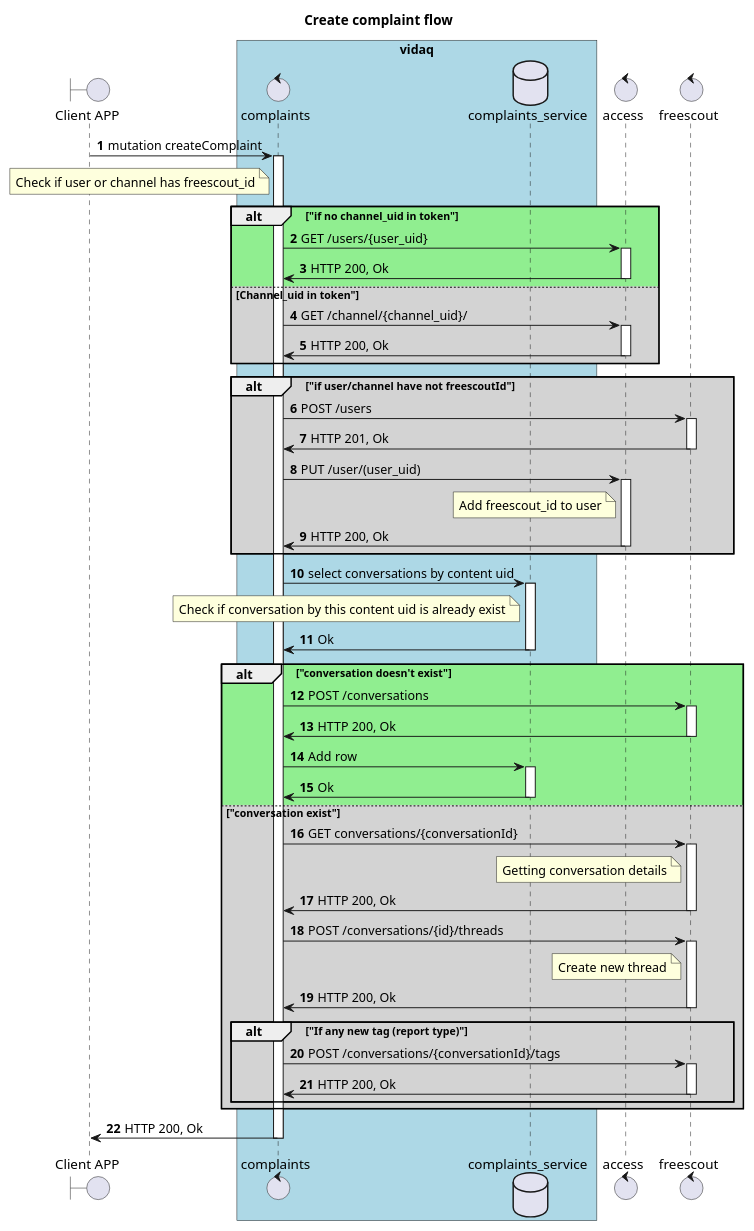
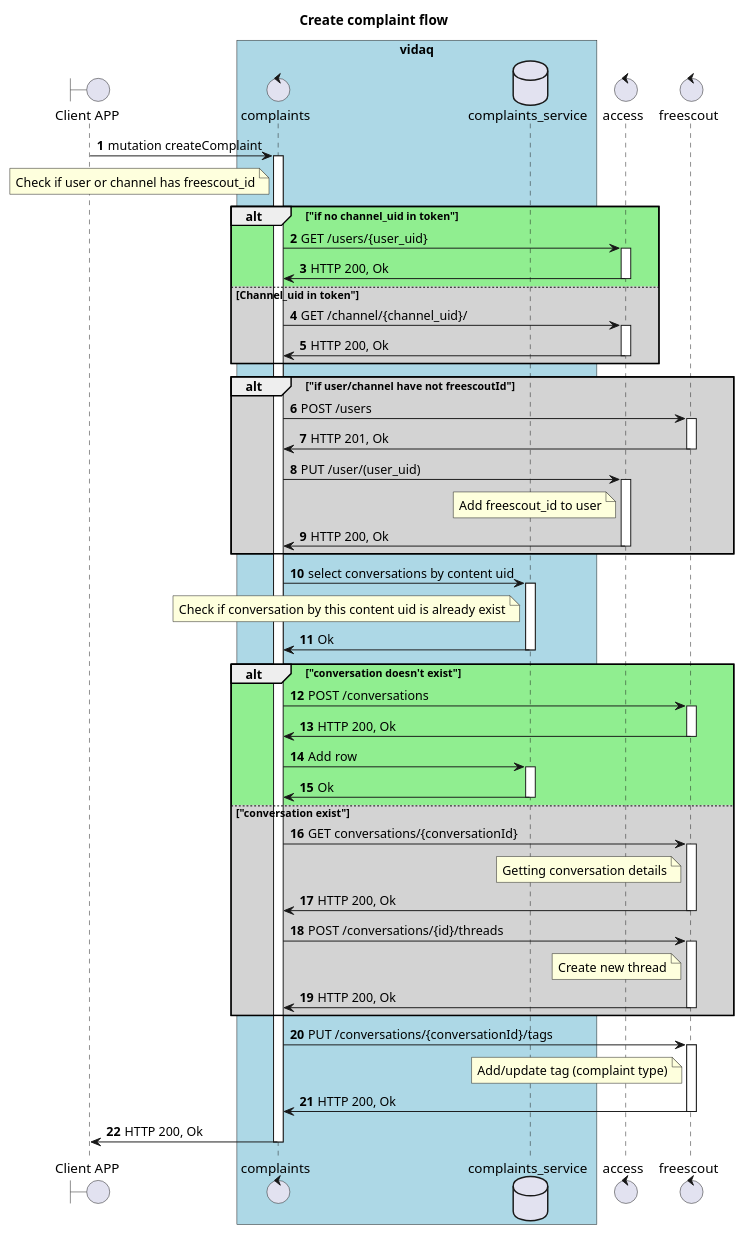
The diagram in schemas/createComplaint.puml (algruwork/work), drawn with PlantUML before and after one commit. The commit also changed 1 other file, not shown here.

Commit message:
create complaint flow (api) - add/update tags

```diff
--- a/schemas/createComplaint.puml
+++ b/schemas/createComplaint.puml
@@ -1,93 +1,95 @@
 @startuml
 
 title "Create complaint flow"
 
 
 boundary "Client APP" as GUI
 box "vidaq" #LightBlue
 control "complaints" as C
 database "complaints_service" as CS
 end box
 control "access" as A
 control "freescout" as F
 
 autonumber
 
 GUI -> C: mutation createComplaint
 activate C
 note left C
 Check if user or channel has freescout_id
 end note
 alt #LightGreen "if no channel_uid in token"
 C -> A: GET /users/{user_uid}
 activate A
 A -> C: HTTP 200, Ok
 deactivate A
 else #LightGrey Channel_uid in token"
 C -> A: GET /channel/{channel_uid}/
 activate A
 A -> C: HTTP 200, Ok
 deactivate A
 end
 
 alt #LightGrey "if user/channel have not freescoutId"
 C -> F: POST /users
 activate F
 F -> C: HTTP 201, Ok
 deactivate F
 C -> A: PUT /user/(user_uid)
 activate A
 note left A
 Add freescout_id to user
 end note
 A -> C: HTTP 200, Ok
 deactivate A
 end
 
 C -> CS: select conversations by content uid
 activate CS
 note left CS
 Check if conversation by this content uid is already exist
 end note
 CS -> C: Ok
 deactivate CS
 
 
 
 alt #LightGreen "conversation doesn't exist"
 C -> F: POST /conversations
 activate F
 F -> C: HTTP 200, Ok
 deactivate F
 C -> CS: Add row
 activate CS
 CS -> C: Ok
 deactivate CS
+
 else #LightGrey "conversation exist"
 C -> F: GET conversations/{conversationId}
 activate F
 note left F
 Getting conversation details
 end note
 F -> C: HTTP 200, Ok
 deactivate F
 C -> F: POST /conversations/{id}/threads
 activate F
 note left F
 Create new thread
 end note
 F -> C: HTTP 200, Ok
 deactivate F
+end
 
-alt "If any new tag (report type)"
-C -> F: POST /conversations/{conversationId}/tags
+C -> F: PUT /conversations/{conversationId}/tags
 activate F
+note left F
+Add/update tag (complaint type)
+end note
 F -> C: HTTP 200, Ok
 deactivate F
-end
-end
 
 C -> GUI: HTTP 200, Ok
 deactivate C
 
 @enduml
```
